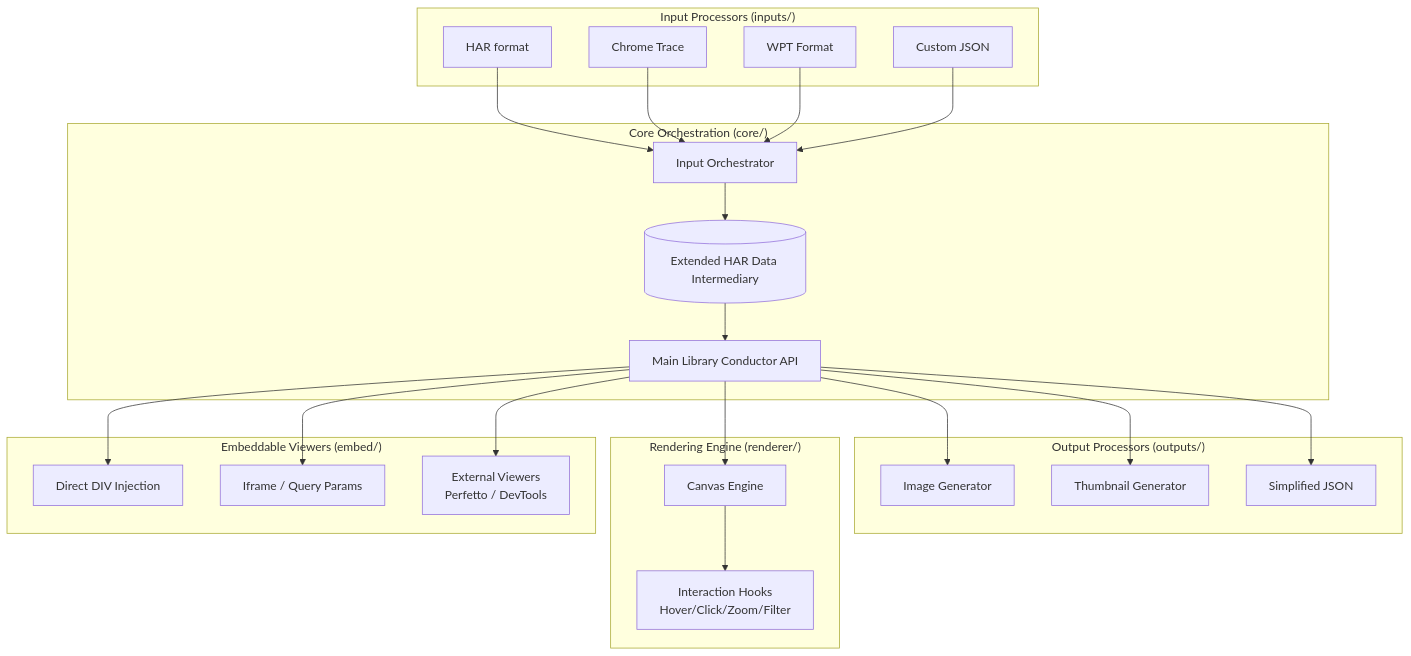
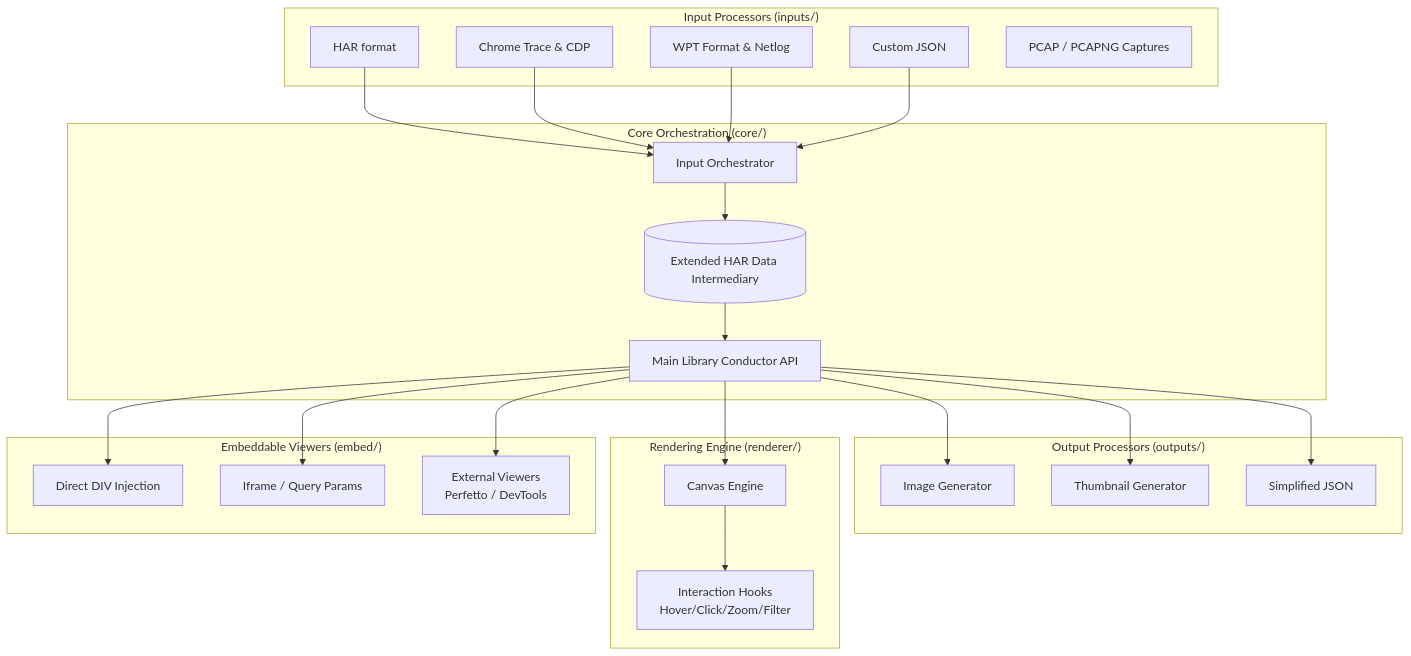
One commit to pmeenan/waterfall-tools changed the diagram in Docs/Architecture.md. Above: the diagram before and after it, drawn with Mermaid. The commit also changed 7 other files, not shown here.

````diff
--- a/Docs/Architecture.md
+++ b/Docs/Architecture.md
@@ -14,55 +14,56 @@
 ```mermaid
 graph TD
     %% Inputs
     subgraph Inputs ["Input Processors (inputs/)"]
         HARv1[HAR format]
-        ChromeTrace[Chrome Trace]
-        WPT[WPT Format]
+        ChromeTrace[Chrome Trace & CDP]
+        WPT[WPT Format & Netlog]
         Custom[Custom JSON]
+        Tcpdump[PCAP / PCAPNG Captures]
     end
 
     %% Orchestrator
     subgraph Core ["Core Orchestration (core/)"]
         Orchestrator[Input Orchestrator]
         HAR_Ext[(Extended HAR Data Intermediary)]
         Conductor[Main Library Conductor API]
     end
 
     %% Outputs & Viewers
     subgraph Processors ["Output Processors (outputs/)"]
         ImageGen[Image Generator]
         ThumbGen[Thumbnail Generator]
         JSONGen[Simplified JSON]
     end
 
     subgraph Renderer ["Rendering Engine (renderer/)"]
         Canvas[Canvas Engine]
         Interactions[Interaction Hooks <br/> Hover/Click/Zoom/Filter]
     end
 
     subgraph Embed ["Embeddable Viewers (embed/)"]
         DirectDIV[Direct DIV Injection]
         Iframe[Iframe / Query Params]
         External[External Viewers <br/> Perfetto / DevTools]
     end
 
     %% Connections
     HARv1 --> Orchestrator
     ChromeTrace --> Orchestrator
     WPT --> Orchestrator
     Custom --> Orchestrator
     
     Orchestrator --> HAR_Ext
     HAR_Ext --> Conductor
     
     Conductor --> ImageGen
     Conductor --> ThumbGen
     Conductor --> JSONGen
     
     Conductor --> Canvas
     Canvas --> Interactions
     
     Conductor --> DirectDIV
     Conductor --> Iframe
     Conductor --> External
 ```
````
